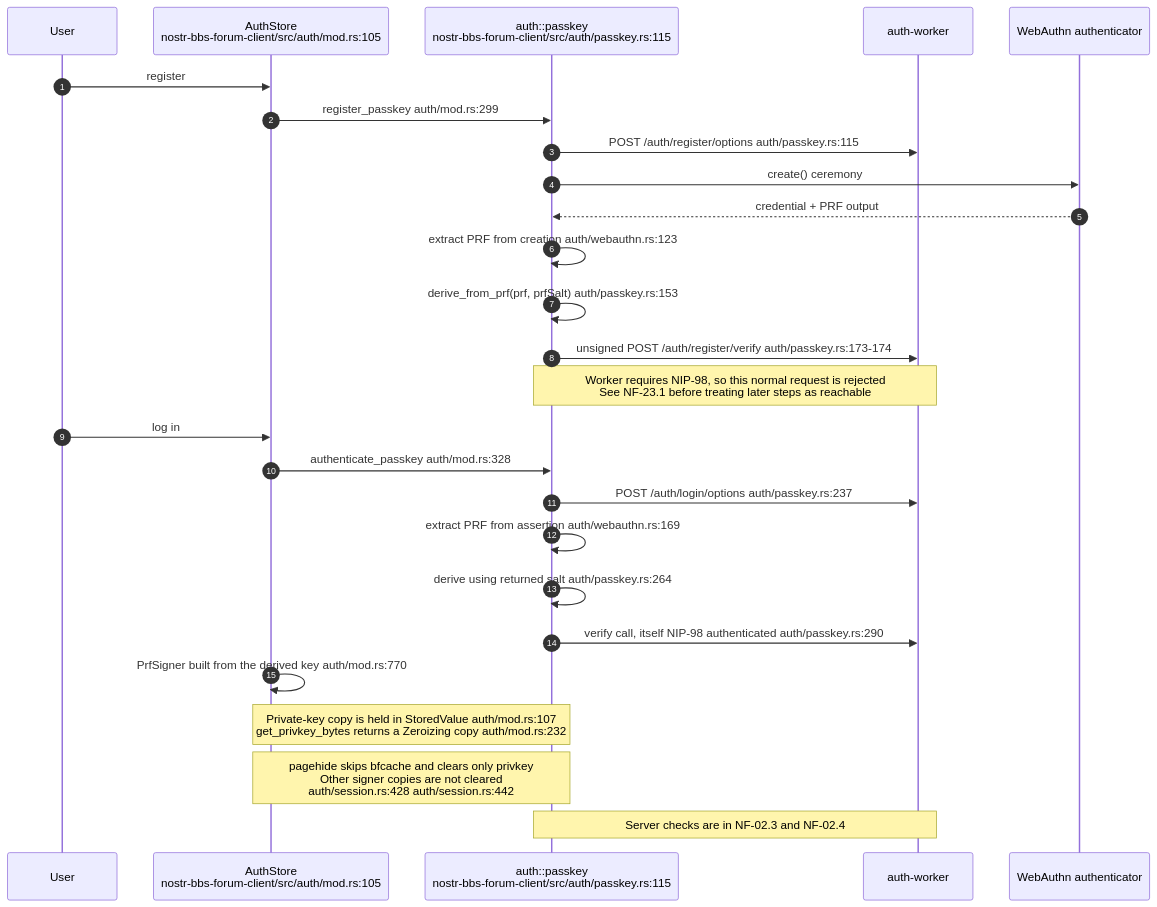
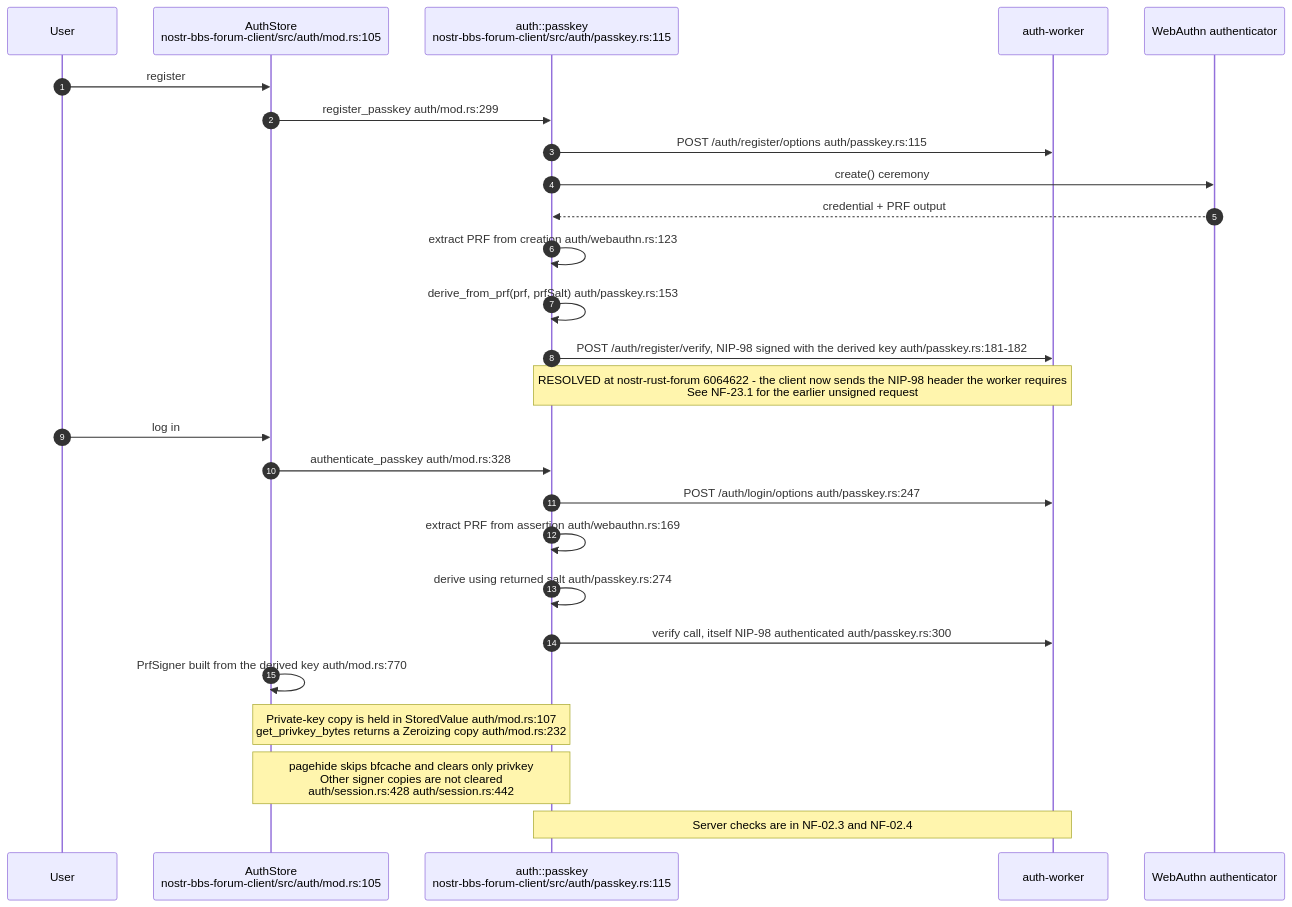
One commit to DreamLab-AI/VisionFlow changed the third of 17 diagrams in docs/diagrams/nostr-rust-forum/05-leptos-clients-onboarding-messaging-governance.md. Above: the diagram before and after it, drawn with Mermaid. The commit also changed other lines of this file and 59 other files, not shown here.

First line of the commit message:
docs(diagrams): re-derive and re-stamp forum, website, pod, ontomark and sealmap topics

````diff
--- a/docs/diagrams/nostr-rust-forum/05-leptos-clients-onboarding-messaging-governance.md
+++ b/docs/diagrams/nostr-rust-forum/05-leptos-clients-onboarding-messaging-governance.md
@@ -138,30 +142,30 @@
 ```mermaid
 sequenceDiagram
     autonumber
     participant U as User
     participant AS as AuthStore<br/>nostr-bbs-forum-client/src/auth/mod.rs:105
     participant PK as auth::passkey<br/>nostr-bbs-forum-client/src/auth/passkey.rs:115
     participant AW as auth-worker
     participant WA as WebAuthn authenticator
 
     U->>AS: register
     AS->>PK: register_passkey auth/mod.rs:299
     PK->>AW: POST /auth/register/options auth/passkey.rs:115
     PK->>WA: create() ceremony
     WA-->>PK: credential + PRF output
     PK->>PK: extract PRF from creation auth/webauthn.rs:123
     PK->>PK: derive_from_prf(prf, prfSalt) auth/passkey.rs:153
-    PK->>AW: unsigned POST /auth/register/verify auth/passkey.rs:173-174
-    Note over PK,AW: Worker requires NIP-98, so this normal request is rejected<br/>See NF-23.1 before treating later steps as reachable
+    PK->>AW: POST /auth/register/verify, NIP-98 signed with the derived key auth/passkey.rs:181-182
+    Note over PK,AW: RESOLVED at nostr-rust-forum 6064622 - the client now sends the NIP-98 header the worker requires<br/>See NF-23.1 for the earlier unsigned request
     U->>AS: log in
     AS->>PK: authenticate_passkey auth/mod.rs:328
-    PK->>AW: POST /auth/login/options auth/passkey.rs:237
+    PK->>AW: POST /auth/login/options auth/passkey.rs:247
     PK->>PK: extract PRF from assertion auth/webauthn.rs:169
-    PK->>PK: derive using returned salt auth/passkey.rs:264
-    PK->>AW: verify call, itself NIP-98 authenticated auth/passkey.rs:290
+    PK->>PK: derive using returned salt auth/passkey.rs:274
+    PK->>AW: verify call, itself NIP-98 authenticated auth/passkey.rs:300
     AS->>AS: PrfSigner built from the derived key auth/mod.rs:770
 
     Note over AS,PK: Private-key copy is held in StoredValue auth/mod.rs:107<br/>get_privkey_bytes returns a Zeroizing copy auth/mod.rs:232
     Note over AS,PK: pagehide skips bfcache and clears only privkey<br/>Other signer copies are not cleared<br/>auth/session.rs:428 auth/session.rs:442
     Note over PK,AW: Server checks are in NF-02.3 and NF-02.4
 ```
````
